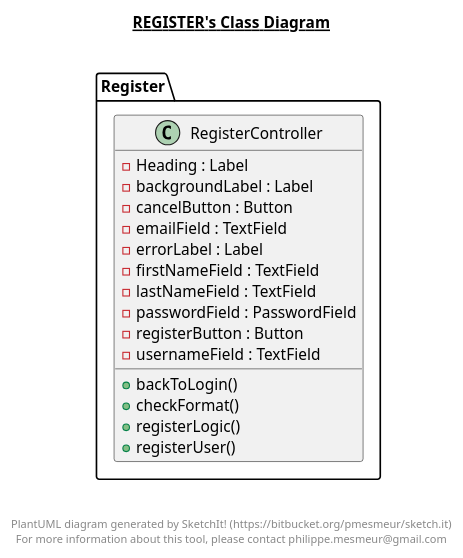
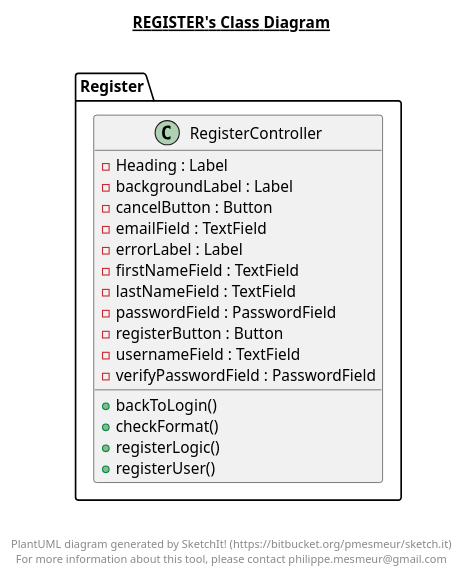
Before and after one commit to hegde-atri/meetingBooking: the diagram in src/Register/Register.plantuml, drawn with PlantUML. The commit also changed 30 other files, not shown here.

```diff
--- a/src/Register/Register.plantuml
+++ b/src/Register/Register.plantuml
@@ -1,34 +1,35 @@
 @startuml
 
 title __REGISTER's Class Diagram__\n
 
   namespace Register {
     class Register.RegisterController {
         - Heading : Label
         - backgroundLabel : Label
         - cancelButton : Button
         - emailField : TextField
         - errorLabel : Label
         - firstNameField : TextField
         - lastNameField : TextField
         - passwordField : PasswordField
         - registerButton : Button
         - usernameField : TextField
+        - verifyPasswordField : PasswordField
         + backToLogin()
         + checkFormat()
         + registerLogic()
         + registerUser()
     }
   }
   
 
 
 
 right footer
 
 
 PlantUML diagram generated by SketchIt! (https://bitbucket.org/pmesmeur/sketch.it)
 For more information about this tool, please contact philippe.mesmeur@gmail.com
 endfooter
 
 @enduml
```
